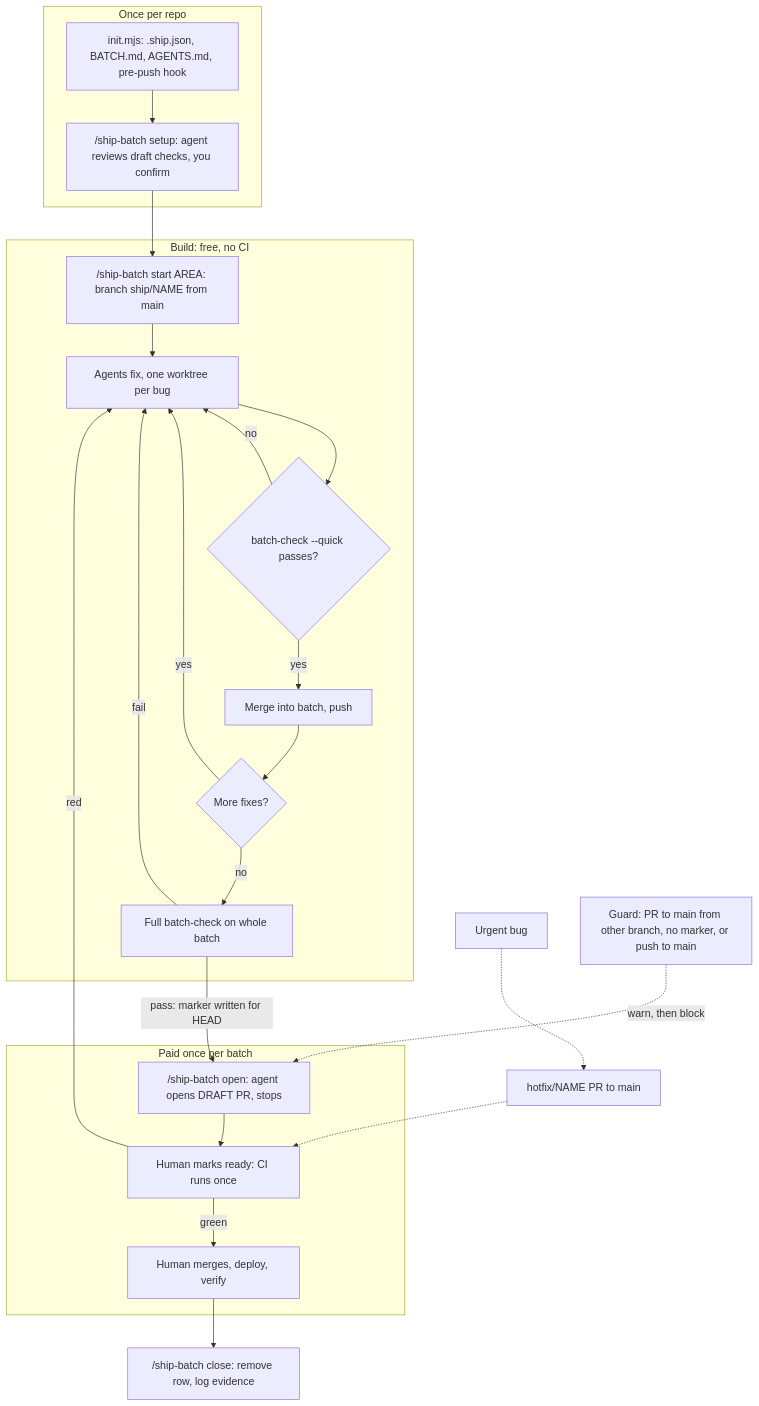
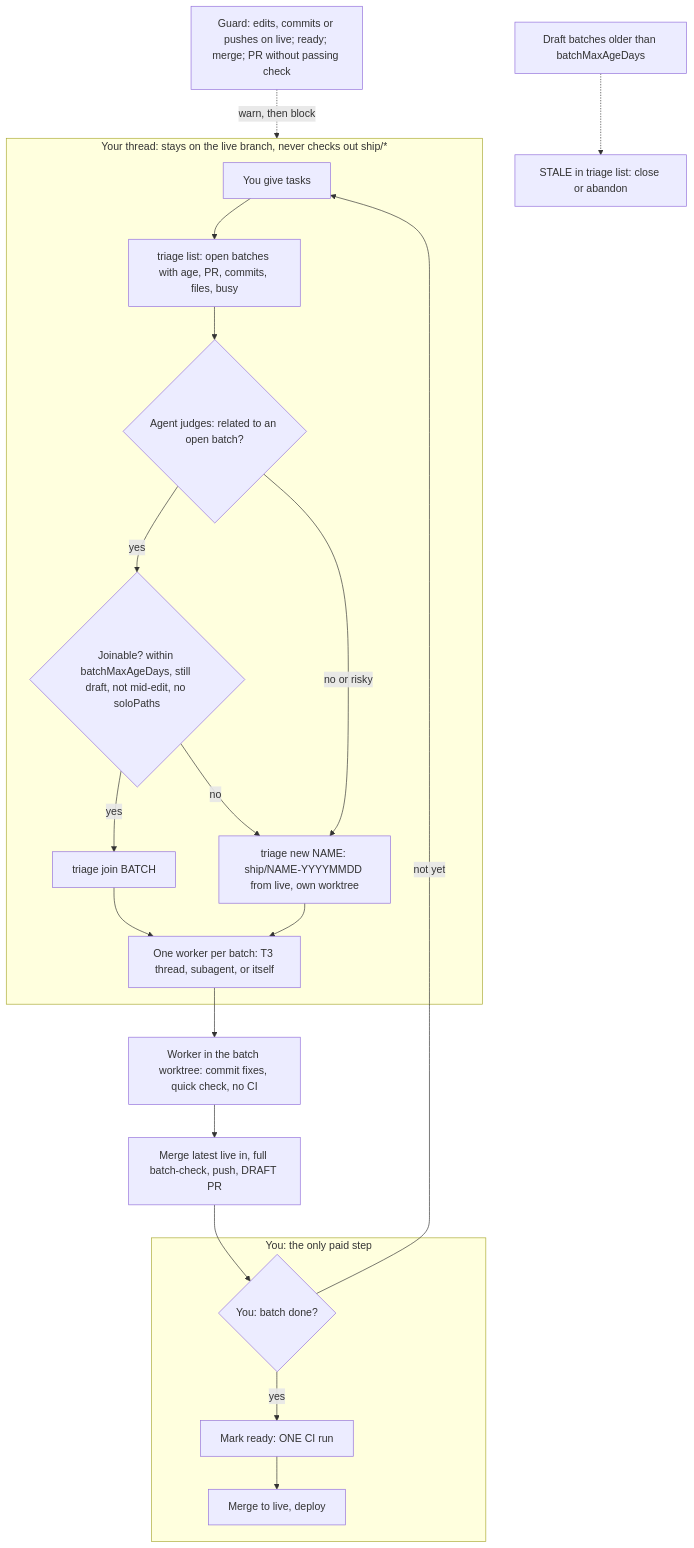
The diagram in README.md (klovr-co/batchship), drawn with Mermaid before and after one commit. The commit also changed other lines of this file and 12 other files, not shown here.

First line of the commit message:
Triage by agent judgment, guard edits on live branches, playground

````diff
--- a/README.md
+++ b/README.md
@@ -27,30 +31,22 @@
 ```mermaid
 flowchart TD
-  subgraph Setup["Once per repo"]
-    I["init.mjs: .ship.json, BATCH.md, AGENTS.md, pre-push hook"] --> S["/ship-batch setup: agent reviews draft checks, you confirm"]
-  end
-
-  subgraph Build["Build: free, no CI"]
-    A["/ship-batch start AREA: branch ship/NAME from main"] --> B["Agents fix, one worktree per bug"]
-    B --> C{"batch-check --quick passes?"}
-    C -- "no" --> B
-    C -- "yes" --> D["Merge into batch, push"]
-    D --> E{"More fixes?"}
-    E -- "yes" --> B
-    E -- "no" --> F["Full batch-check on whole batch"]
-    F -- "fail" --> B
-  end
-
-  subgraph Pay["Paid once per batch"]
-    F -- "pass: marker written for HEAD" --> G["/ship-batch open: agent opens DRAFT PR, stops"]
-    G --> H["Human marks ready: CI runs once"]
-    H -- "red" --> B
-    H -- "green" --> M["Human merges, deploy, verify"]
-  end
-
-  S --> A
-  M --> Z["/ship-batch close: remove row, log evidence"]
-  U["Urgent bug"] -.-> HF["hotfix/NAME PR to main"] -.-> H
-
-  X["Guard: PR to main from other branch, no marker, or push to main"] -. "warn, then block" .-> G
+    subgraph HOME["Your thread: stays on the live branch, never checks out ship/*"]
+        U["You give tasks"] --> L["triage list: open batches with age, PR, commits, files, busy"]
+        L --> J{"Agent judges: related to an open batch?"}
+        J -- "yes" --> CHK{"Joinable? within batchMaxAgeDays, still draft, not mid-edit, no soloPaths"}
+        CHK -- "yes" --> JO["triage join BATCH"]
+        CHK -- "no" --> NE
+        J -- "no or risky" --> NE["triage new NAME: ship/NAME-YYYYMMDD from live, own worktree"]
+        JO --> D["One worker per batch: T3 thread, subagent, or itself"]
+        NE --> D
+    end
+    D --> W["Worker in the batch worktree: commit fixes, quick check, no CI"]
+    W --> K["Merge latest live in, full batch-check, push, DRAFT PR"]
+    K --> H{"You: batch done?"}
+    H -- "not yet" --> U
+    subgraph YOU["You: the only paid step"]
+        H -- "yes" --> R["Mark ready: ONE CI run"] --> M["Merge to live, deploy"]
+    end
+    G["Guard: edits, commits or pushes on live; ready; merge; PR without passing check"] -. "warn, then block" .-> HOME
+    S["Draft batches older than batchMaxAgeDays"] -.-> X["STALE in triage list: close or abandon"]
 ```
````
